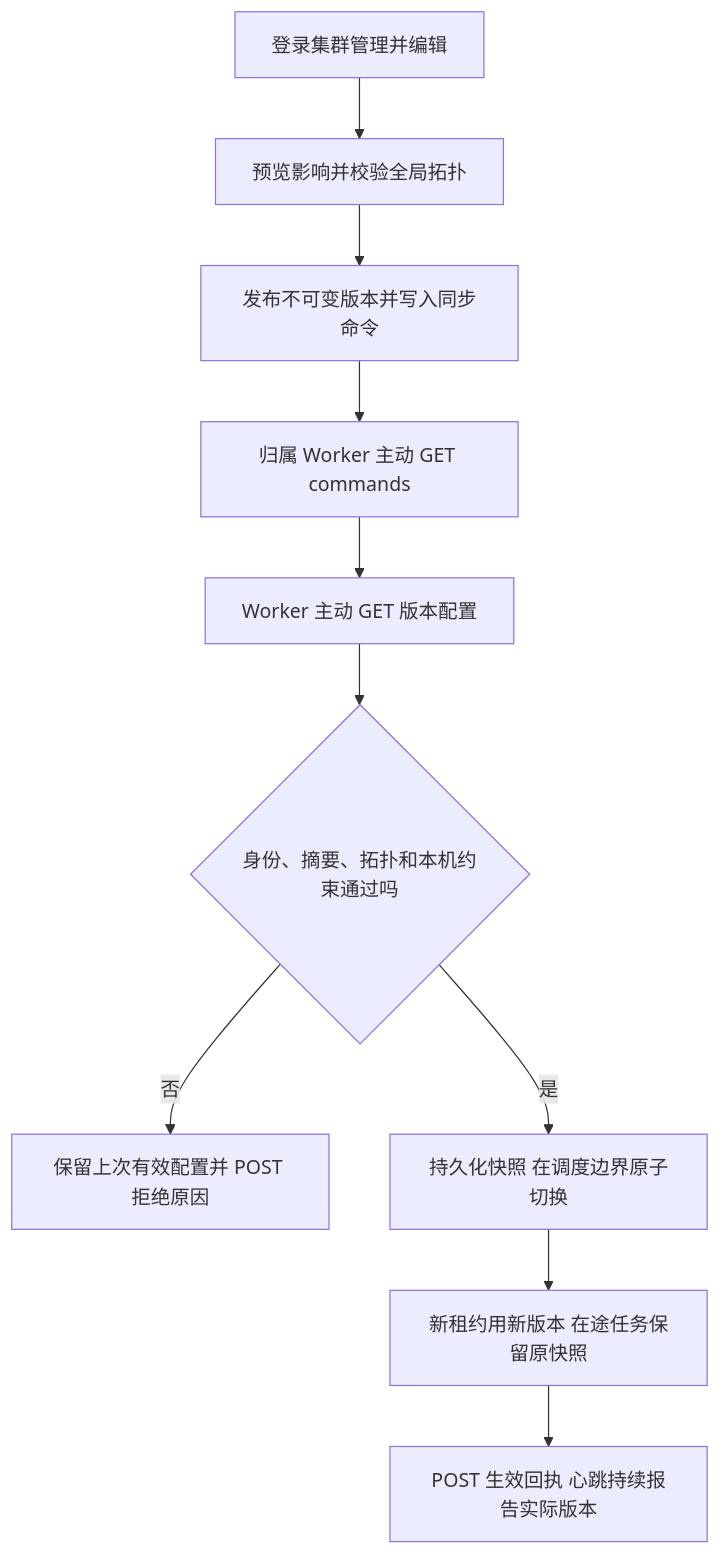
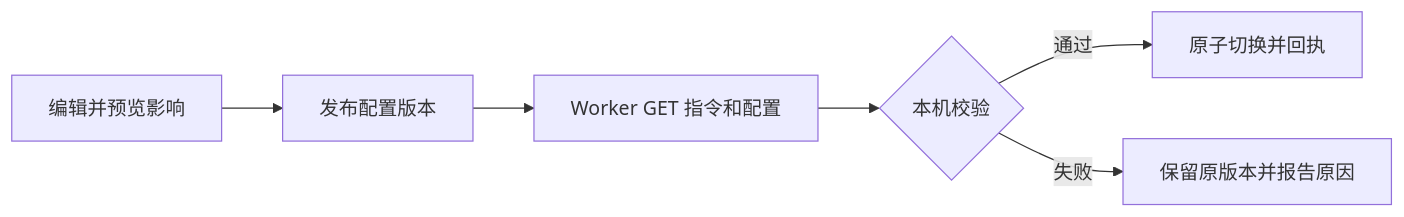
The third of 3 diagrams in control-center/docs/PRD.md (depeng1994/lite-actions), drawn with Mermaid before and after one commit. The commit also changed other lines of this file, not shown here.

````diff
--- a/control-center/docs/PRD.md
+++ b/control-center/docs/PRD.md
@@ -132,12 +86,8 @@
 ```mermaid
-flowchart TD
-    A[登录集群管理并编辑] --> B[预览影响并校验全局拓扑]
-    B --> C[发布不可变版本并写入同步命令]
-    C --> D[归属 Worker 主动 GET commands]
-    D --> E[Worker 主动 GET 版本配置]
-    E --> F{身份、摘要、拓扑和本机约束通过吗}
-    F -->|否| G[保留上次有效配置并 POST 拒绝原因]
-    F -->|是| H[持久化快照 在调度边界原子切换]
-    H --> I[新租约用新版本 在途任务保留原快照]
-    I --> J[POST 生效回执 心跳持续报告实际版本]
+flowchart LR
+    A[编辑并预览影响] --> B[发布配置版本]
+    B --> C[Worker GET 指令和配置]
+    C --> D{本机校验}
+    D -->|通过| E[原子切换并回执]
+    D -->|失败| F[保留原版本并报告原因]
 ```
````
